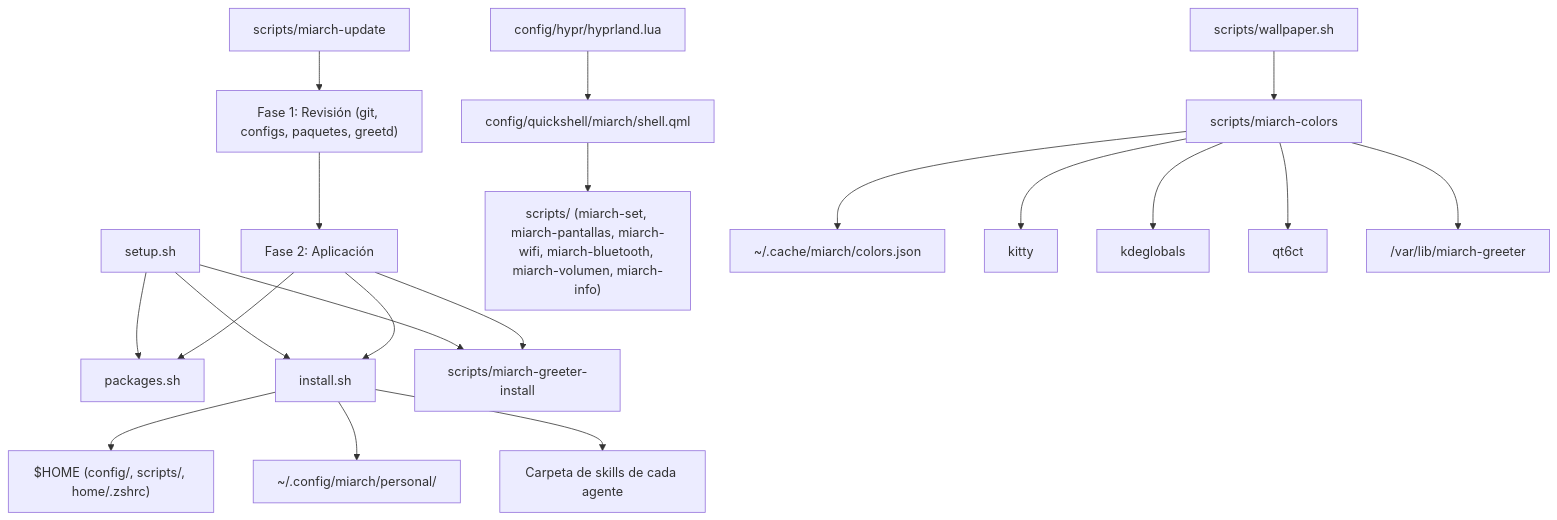
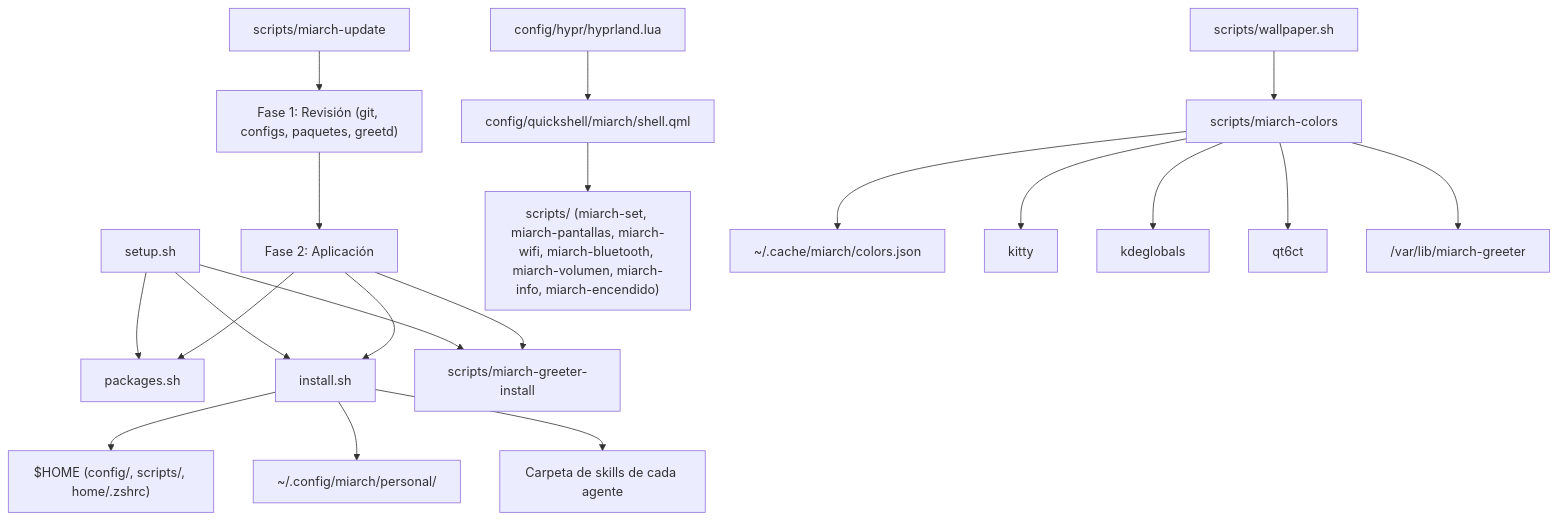
One commit to alejandro-xoxo/Miarch changed the diagram in docs/estructura.md. Above: the diagram before and after it, drawn with Mermaid. The commit also changed other lines of this file and 3 other files, not shown here.

````diff
--- a/docs/estructura.md
+++ b/docs/estructura.md
@@ -64,26 +67,26 @@
 ```mermaid
 flowchart TD
     Setup["setup.sh"] --> Packages["packages.sh"]
     Setup --> Install["install.sh"]
     Setup --> GreeterInstall["scripts/miarch-greeter-install"]
 
     Install --> ConfigDest["$HOME (config/, scripts/, home/.zshrc)"]
     Install --> Personal["~/.config/miarch/personal/"]
     Install --> AgentSkills["Carpeta de skills de cada agente"]
 
     Updater["scripts/miarch-update"] --> CheckPhase["Fase 1: Revisión (git, configs, paquetes, greetd)"]
     CheckPhase --> ApplyPhase["Fase 2: Aplicación"]
     ApplyPhase --> Install
     ApplyPhase --> Packages
     ApplyPhase --> GreeterInstall
 
     Hyprland["config/hypr/hyprland.lua"] --> Quickshell["config/quickshell/miarch/shell.qml"]
-    Quickshell --> HelperScripts["scripts/ (miarch-set, miarch-pantallas, miarch-wifi, miarch-bluetooth, miarch-volumen, miarch-info)"]
+    Quickshell --> HelperScripts["scripts/ (miarch-set, miarch-pantallas, miarch-wifi, miarch-bluetooth, miarch-volumen, miarch-info, miarch-encendido)"]
     
     Wallpaper["scripts/wallpaper.sh"] --> Colors["scripts/miarch-colors"]
     Colors --> CacheColors["~/.cache/miarch/colors.json"]
     Colors --> KittyTheme["kitty"]
     Colors --> KDETheme["kdeglobals"]
     Colors --> QTTheme["qt6ct"]
     Colors --> GreeterTheme["/var/lib/miarch-greeter"]
 ```
````
